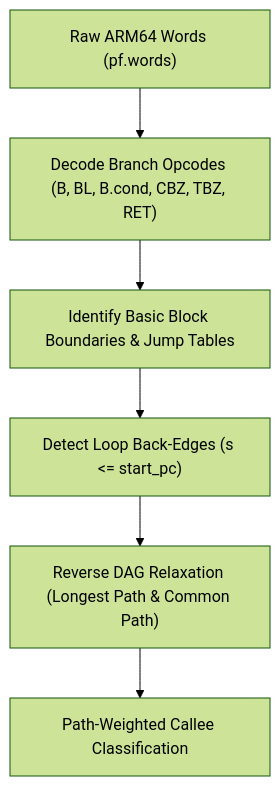
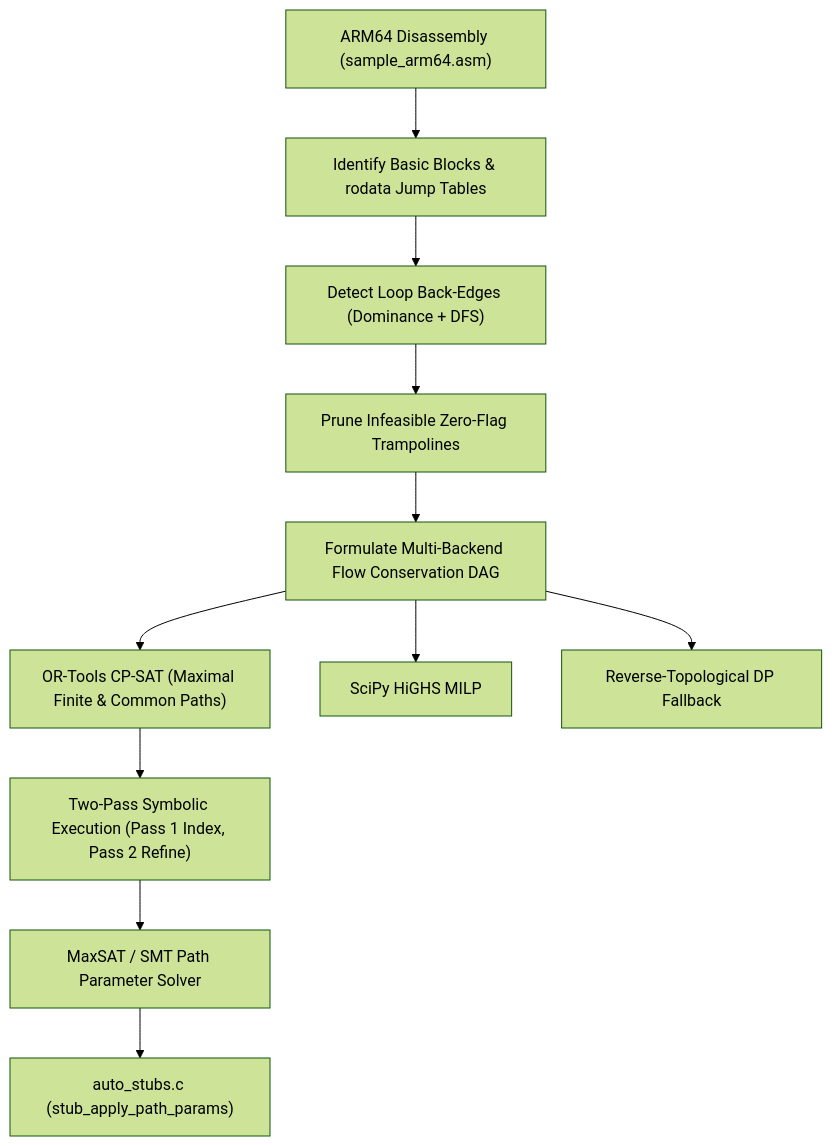
One commit to leegao/ultratears changed the diagram in src/horizon2llvm/docs/benchmark/stub_analyzer.md. Above: the diagram before and after it, drawn with Mermaid (forest theme). The commit also changed other lines of this file and 105 other files, not shown here.

Commit message:
Add sat-cp solver for benchmark auto-stub generation

````diff
--- a/src/horizon2llvm/docs/benchmark/stub_analyzer.md
+++ b/src/horizon2llvm/docs/benchmark/stub_analyzer.md
@@ -17,8 +27,13 @@
 ```mermaid
 flowchart TD
-    A["Raw ARM64 Words (pf.words)"] --> B["Decode Branch Opcodes (B, BL, B.cond, CBZ, TBZ, RET)"]
-    B --> C["Identify Basic Block Boundaries & Jump Tables"]
-    C --> D["Detect Loop Back-Edges (s <= start_pc)"]
-    D --> E["Reverse DAG Relaxation (Longest Path & Common Path)"]
-    E --> F["Path-Weighted Callee Classification"]
+    A["ARM64 Disassembly (sample_arm64.asm)"] --> B["Identify Basic Blocks & rodata Jump Tables"]
+    B --> C["Detect Loop Back-Edges (Dominance + DFS)"]
+    C --> D["Prune Infeasible Zero-Flag Trampolines"]
+    D --> E["Formulate Multi-Backend Flow Conservation DAG"]
+    E --> F1["OR-Tools CP-SAT (Maximal Finite & Common Paths)"]
+    E --> F2["SciPy HiGHS MILP"]
+    E --> F3["Reverse-Topological DP Fallback"]
+    F1 --> G["Two-Pass Symbolic Execution (Pass 1 Index, Pass 2 Refine)"]
+    G --> H["MaxSAT / SMT Path Parameter Solver"]
+    H --> I["auto_stubs.c (stub_apply_path_params)"]
 ```
````
